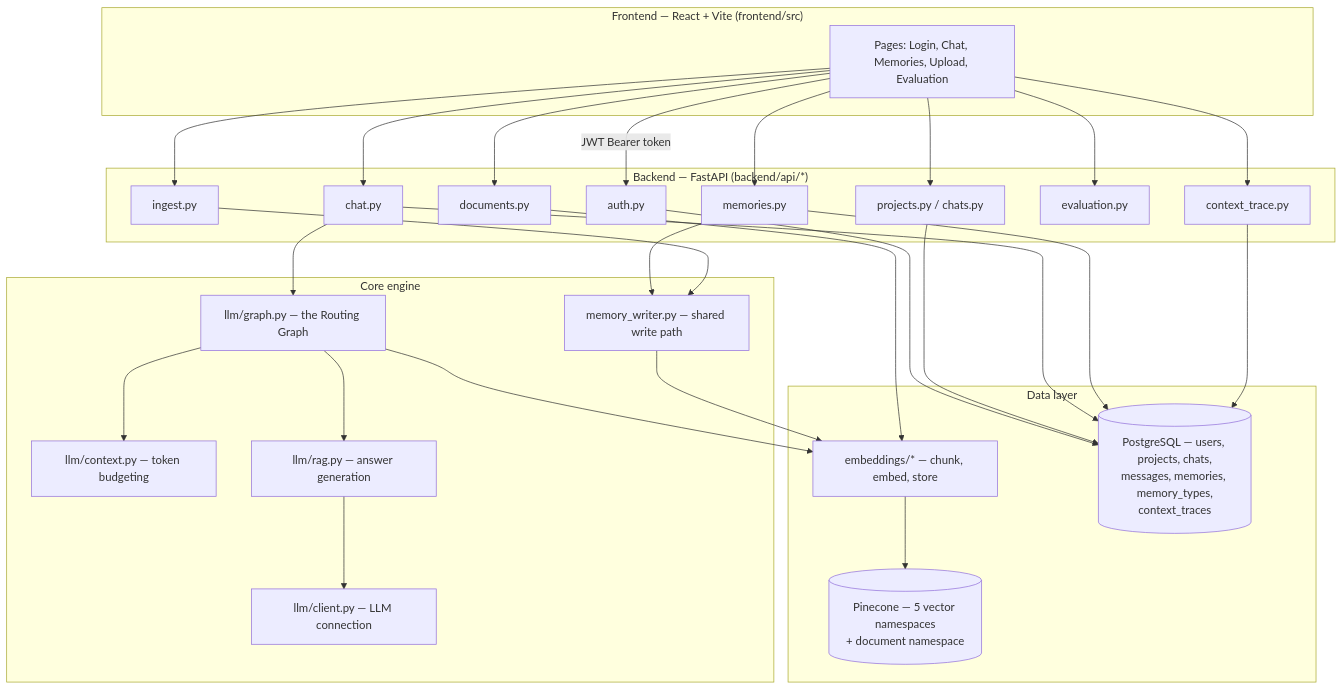
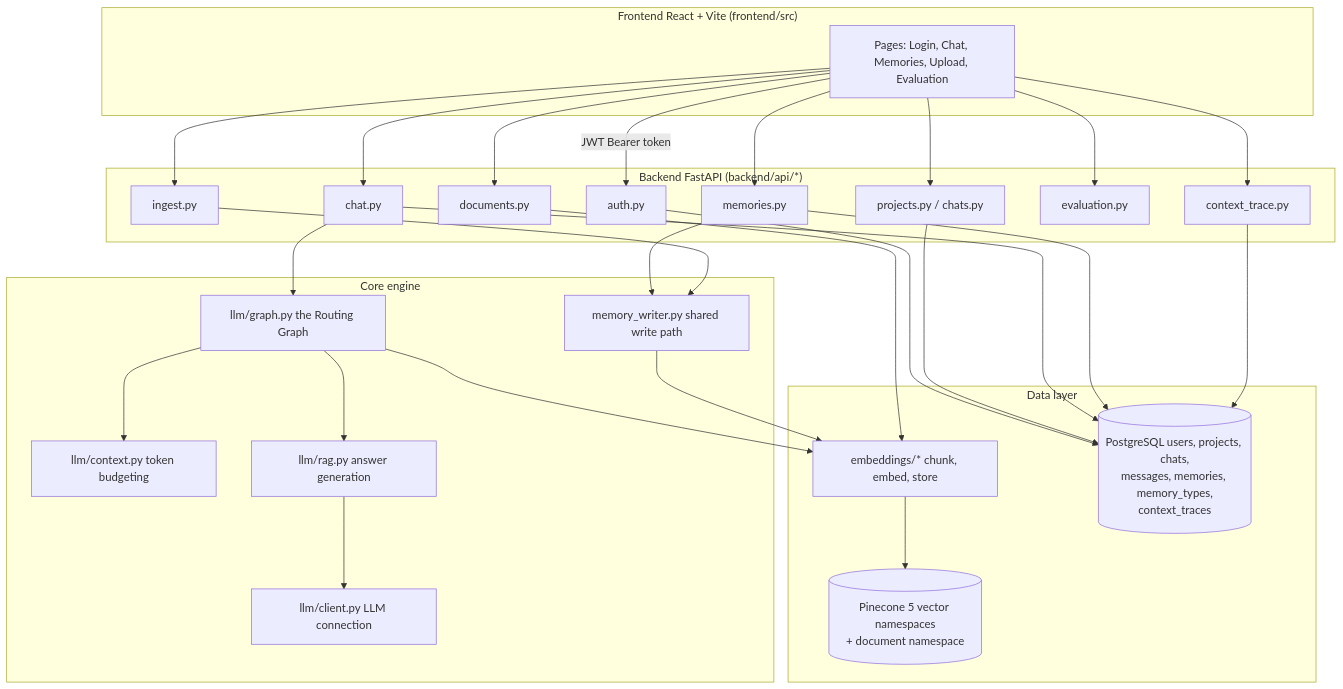
One commit to shahbhavya7/MemoryRag changed the first of 5 diagrams in ARCHITECTURE.md. Above: the diagram before and after it, drawn with Mermaid. The commit also changed other lines of this file and 57 other files, not shown here.

````diff
--- a/ARCHITECTURE.md
+++ b/ARCHITECTURE.md
@@ -52,56 +52,56 @@
 ```mermaid
 flowchart TB
-    subgraph Client["Frontend — React + Vite (frontend/src)"]
+    subgraph Client["Frontend React + Vite (frontend/src)"]
         UI[Pages: Login, Chat, Memories, Upload, Evaluation]
     end
 
-    subgraph API["Backend — FastAPI (backend/api/*)"]
+    subgraph API["Backend FastAPI (backend/api/*)"]
         AUTH[auth.py]
         PROJ[projects.py / chats.py]
         CHAT[chat.py]
         MEM[memories.py]
         DOC[documents.py]
         ING[ingest.py]
         EVAL[evaluation.py]
         TRACE[context_trace.py]
     end
 
     subgraph Core["Core engine"]
-        GRAPH[llm/graph.py — the Routing Graph]
-        CTX[llm/context.py — token budgeting]
-        RAG[llm/rag.py — answer generation]
-        CLIENT[llm/client.py — LLM connection]
-        WRITER[memory_writer.py — shared write path]
+        GRAPH[llm/graph.py the Routing Graph]
+        CTX[llm/context.py token budgeting]
+        RAG[llm/rag.py answer generation]
+        CLIENT[llm/client.py LLM connection]
+        WRITER[memory_writer.py shared write path]
     end
 
     subgraph Data["Data layer"]
-        EMB[embeddings/* — chunk, embed, store]
-        PG[(PostgreSQL — users, projects, chats,\nmessages, memories, memory_types,\ncontext_traces)]
-        PC[(Pinecone — 5 vector namespaces\n+ document namespace)]
+        EMB[embeddings/* chunk, embed, store]
+        PG[(PostgreSQL users, projects, chats,\nmessages, memories, memory_types,\ncontext_traces)]
+        PC[(Pinecone 5 vector namespaces\n+ document namespace)]
     end
 
     UI -->|JWT Bearer token| AUTH
     UI --> PROJ
     UI --> CHAT
     UI --> MEM
     UI --> DOC
     UI --> ING
     UI --> EVAL
     UI --> TRACE
 
     CHAT --> GRAPH
     GRAPH --> CTX
     GRAPH --> RAG
     RAG --> CLIENT
     GRAPH --> EMB
     MEM --> WRITER
     DOC --> EMB
     ING --> WRITER
     WRITER --> EMB
     EMB --> PC
     AUTH --> PG
     PROJ --> PG
     CHAT --> PG
     MEM --> PG
     TRACE --> PG
 ```
````
